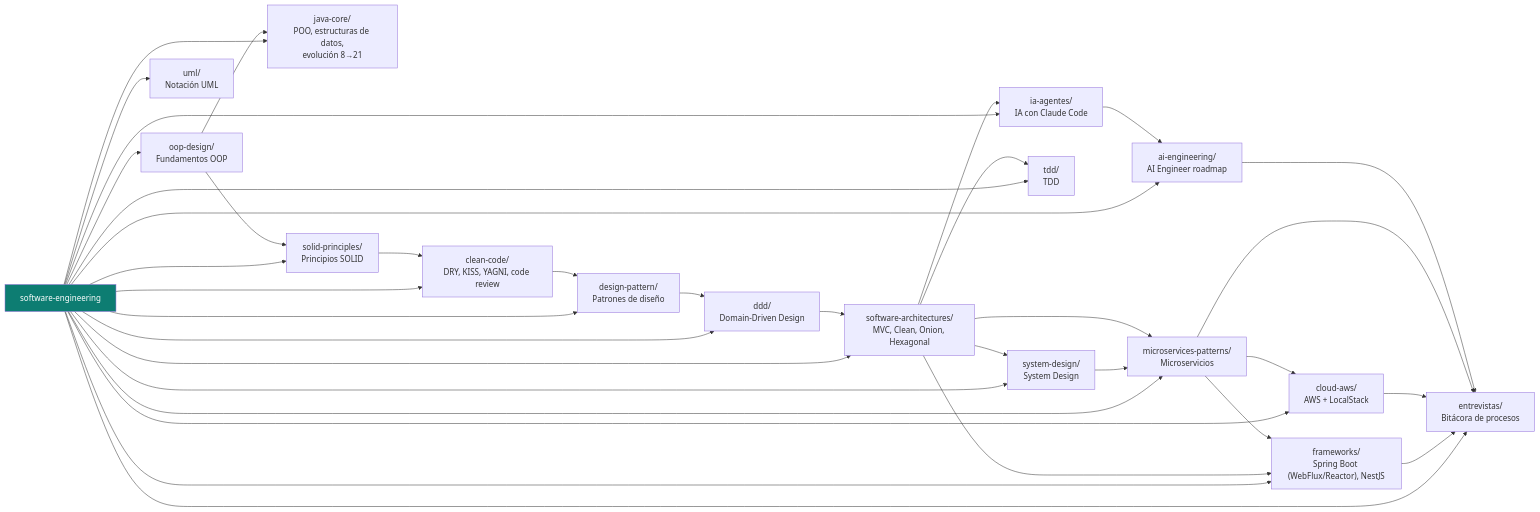
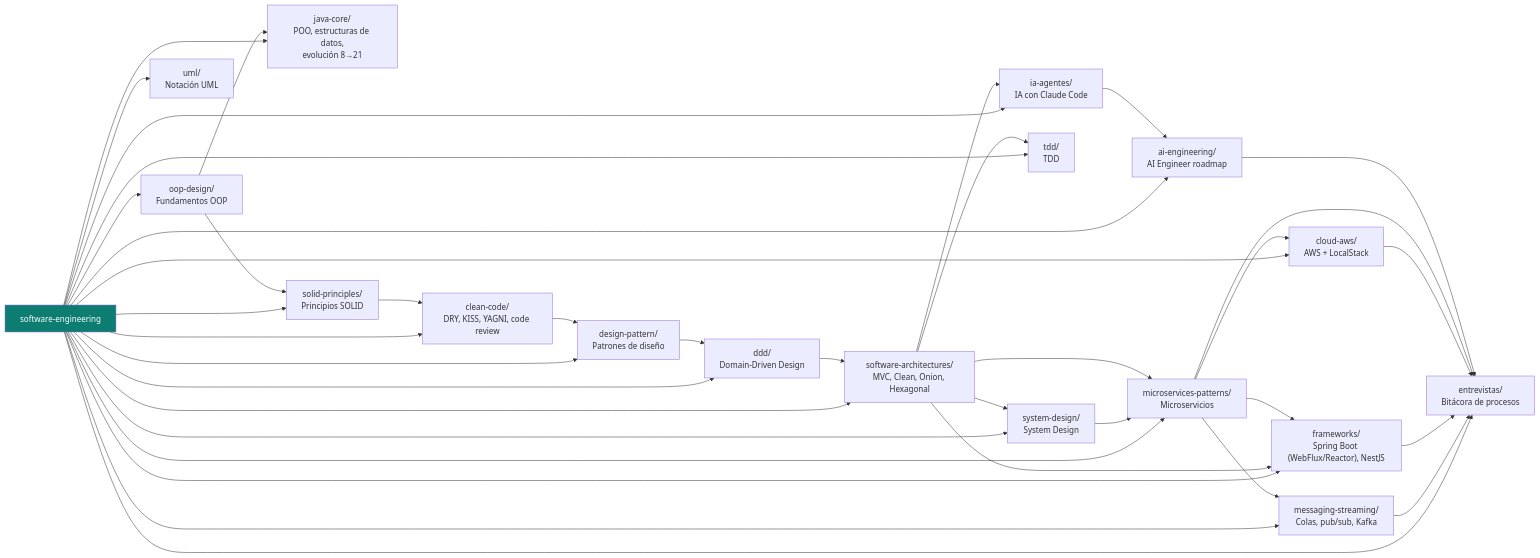
The diagram in README.md (edzamo/software-engineering), drawn with Mermaid before and after one commit. The commit also changed other lines of this file and 10 other files, not shown here.

````diff
--- a/README.md
+++ b/README.md
@@ -9,43 +9,46 @@
 ```mermaid
 graph LR
     root["software-engineering"]
 
     root --> oop["oop-design/<br/>Fundamentos OOP"]
     root --> javacore["java-core/<br/>POO, estructuras de datos,<br/>evolución 8→21"]
     root --> solid["solid-principles/<br/>Principios SOLID"]
     root --> cc["clean-code/<br/>DRY, KISS, YAGNI, code review"]
     root --> dp["design-pattern/<br/>Patrones de diseño"]
     root --> ddd["ddd/<br/>Domain-Driven Design"]
     root --> uml["uml/<br/>Notación UML"]
     root --> arch["software-architectures/<br/>MVC, Clean, Onion, Hexagonal"]
     root --> sysdes["system-design/<br/>System Design"]
     root --> micro["microservices-patterns/<br/>Microservicios"]
+    root --> msg["messaging-streaming/<br/>Colas, pub/sub, Kafka"]
     root --> frameworks["frameworks/<br/>Spring Boot (WebFlux/Reactor), NestJS"]
     root --> aws["cloud-aws/<br/>AWS + LocalStack"]
     root --> tdd["tdd/<br/>TDD"]
     root --> ia["ia-agentes/<br/>IA con Claude Code"]
     root --> aieng["ai-engineering/<br/>AI Engineer roadmap"]
     root --> entrevistas["entrevistas/<br/>Bitácora de procesos"]
 
     oop --> javacore
     oop --> solid
     solid --> cc
     cc --> dp
     dp --> ddd
     ddd --> arch
     arch --> sysdes
     sysdes --> micro
+    micro --> msg
+    msg --> entrevistas
     arch --> micro
     arch --> frameworks
     micro --> frameworks
     micro --> aws
     arch --> tdd
     arch --> ia
     ia --> aieng
     frameworks --> entrevistas
     aws --> entrevistas
     micro --> entrevistas
     aieng --> entrevistas
 
     style root fill:#0d7d72,color:#fff
 ```
````
